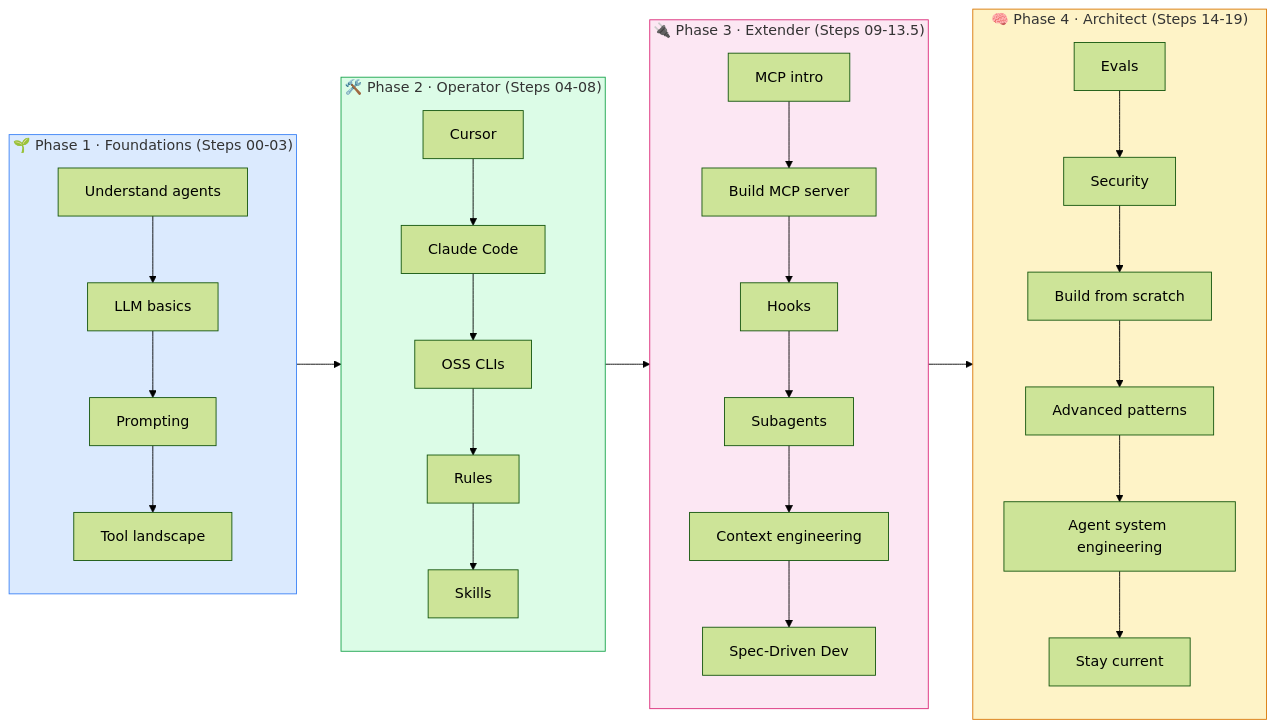
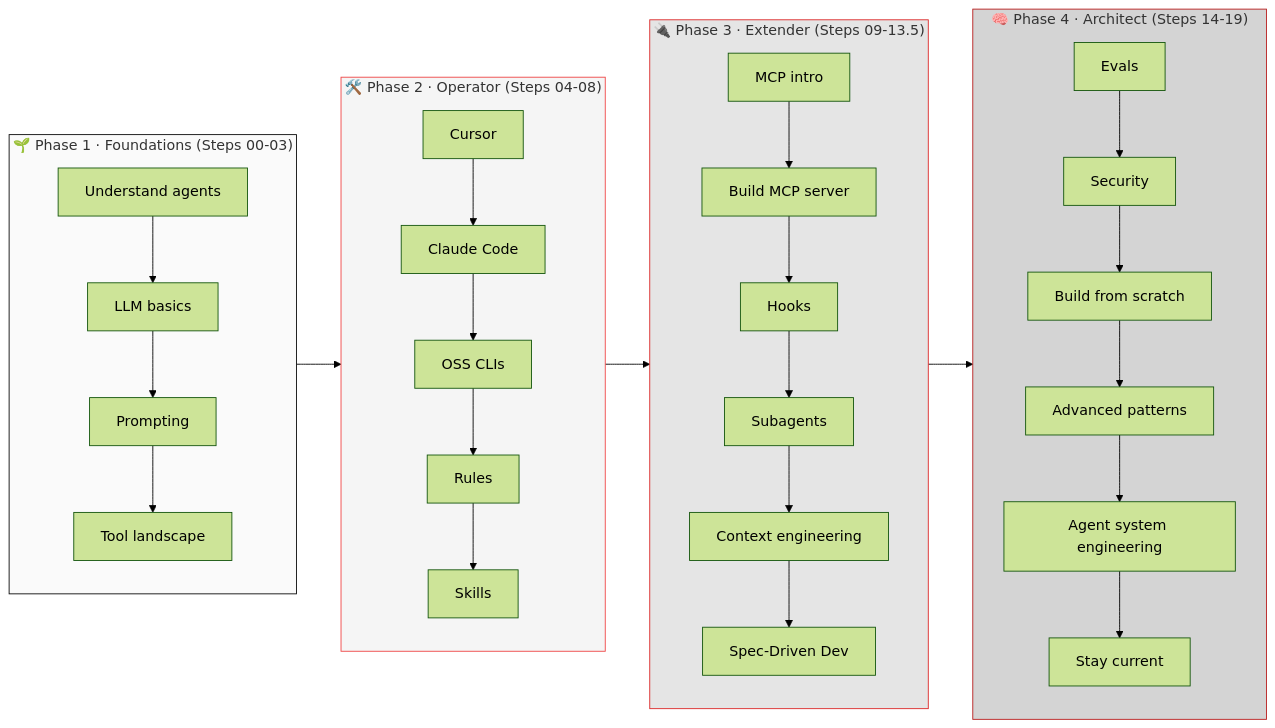
The first of 2 diagrams in ROADMAP.md (Isfhan/learn-agentic-coding), drawn with Mermaid (forest theme) before and after one commit. The commit also changed other lines of this file and 33 other files, not shown here.

````diff
--- a/ROADMAP.md
+++ b/ROADMAP.md
@@ -11,29 +11,29 @@
 ```mermaid
 flowchart LR
     subgraph P1["🌱 Phase 1 · Foundations (Steps 00-03)"]
         direction TB
         A1[Understand agents] --> A2[LLM basics] --> A3[Prompting] --> A4[Tool landscape]
     end
 
     subgraph P2["🛠️ Phase 2 · Operator (Steps 04-08)"]
         direction TB
         B1[Cursor] --> B2[Claude Code] --> B3[OSS CLIs] --> B4[Rules] --> B5[Skills]
     end
 
     subgraph P3["🔌 Phase 3 · Extender (Steps 09-13.5)"]
         direction TB
         C1[MCP intro] --> C2[Build MCP server] --> C3[Hooks] --> C4[Subagents] --> C5[Context engineering] --> C6[Spec-Driven Dev]
     end
 
     subgraph P4["🧠 Phase 4 · Architect (Steps 14-19)"]
         direction TB
         D1[Evals] --> D2[Security] --> D3[Build from scratch] --> D4[Advanced patterns] --> D5[Agent system engineering] --> D6[Stay current]
     end
 
     P1 --> P2 --> P3 --> P4
 
-    style P1 fill:#dbeafe,stroke:#3b82f6
-    style P2 fill:#dcfce7,stroke:#16a34a
-    style P3 fill:#fce7f3,stroke:#db2777
-    style P4 fill:#fef3c7,stroke:#d97706
+    style P1 fill:#FAFAFA,stroke:#0A0A0A
+    style P2 fill:#F5F5F5,stroke:#EF4444
+    style P3 fill:#E5E5E5,stroke:#DC2626
+    style P4 fill:#D4D4D4,stroke:#B91C1C
 ```
````
